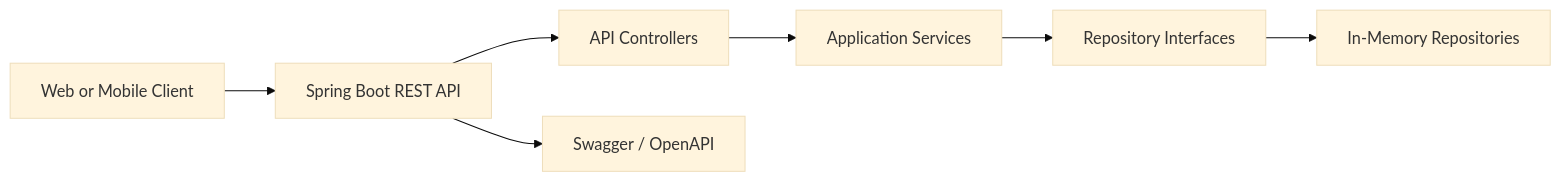
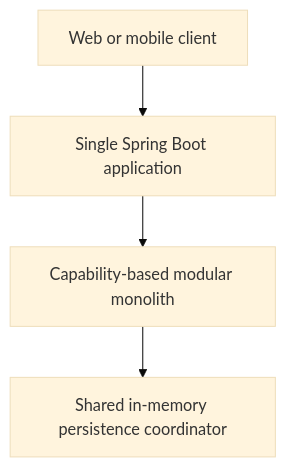
Before and after one commit to ongeziwe17/carwash-booking-queue-system: the first of 2 diagrams in documentation/ARCHITECTURE.md, drawn with Mermaid (base theme). The commit also changed other lines of this file and 259 other files, not shown here.

Commit message:
refactor: establish modular monolith boundaries

````diff
--- a/documentation/ARCHITECTURE.md
+++ b/documentation/ARCHITECTURE.md
@@ -9,9 +7,6 @@
 ```mermaid
-flowchart LR
-    Client[Web or Mobile Client] --> API[Spring Boot REST API]
-    API --> Controllers[API Controllers]
-    Controllers --> Services[Application Services]
-    Services --> Repositories[Repository Interfaces]
-    Repositories --> Memory[In-Memory Repositories]
-    API --> OpenAPI[Swagger / OpenAPI]
+flowchart TD
+    Client[Web or mobile client] --> App[Single Spring Boot application]
+    App --> Modules[Capability-based modular monolith]
+    Modules --> Memory[Shared in-memory persistence coordinator]
 ```
````
